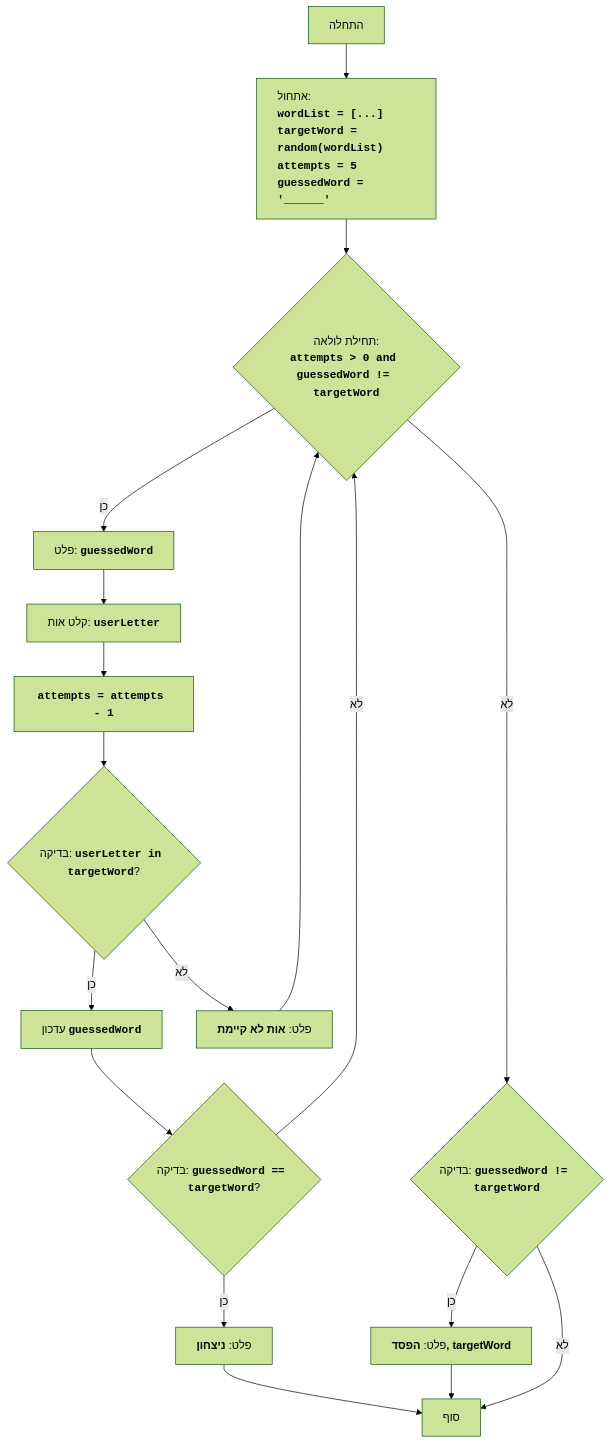
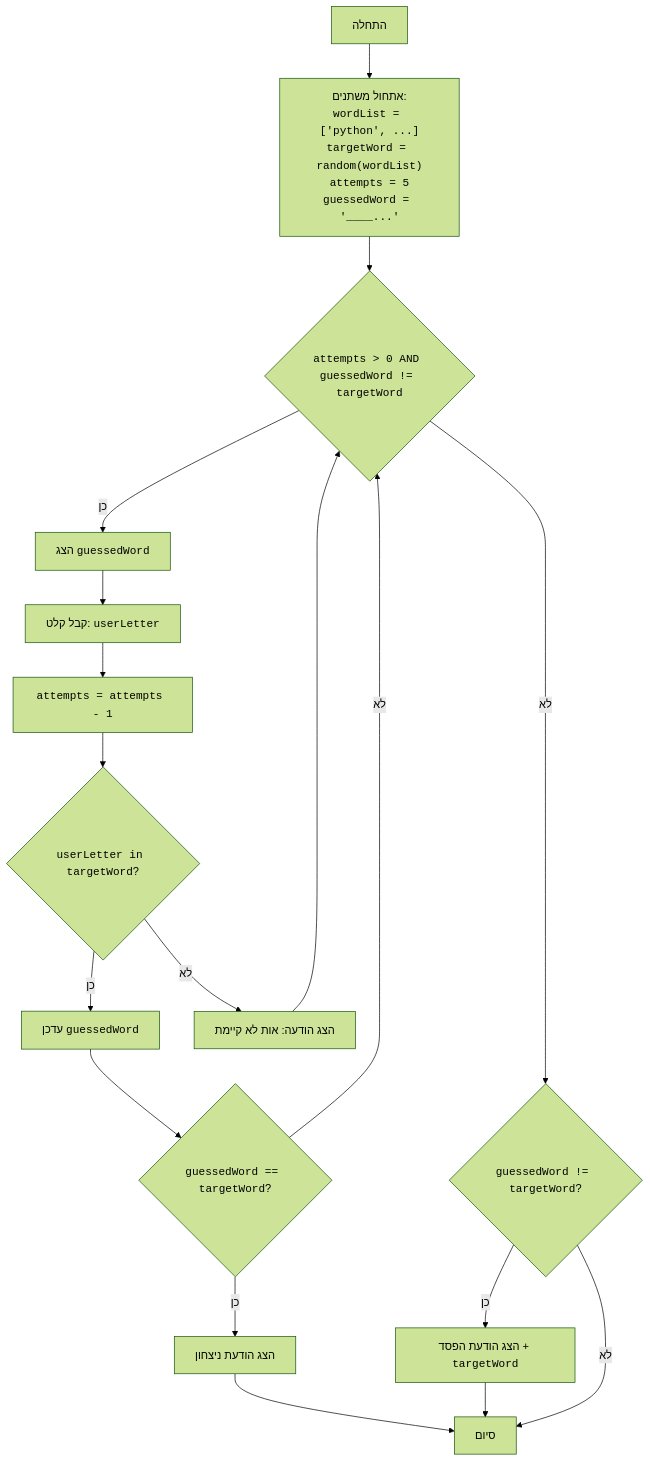
The diagram in docs/gemini/he/explainer/src/endpoints/ai_games/101_basic_computer_games/ru/GAMES/WORD/word.py.md (hypo69/hypo), drawn with Mermaid (forest theme) before and after one commit. The commit also changed other lines of this file and 885 other files, not shown here.

````diff
--- a/docs/gemini/he/explainer/src/endpoints/ai_games/101_basic_computer_games/ru/GAMES/WORD/word.py.md
+++ b/docs/gemini/he/explainer/src/endpoints/ai_games/101_basic_computer_games/ru/GAMES/WORD/word.py.md
@@ -25,20 +27,25 @@
 ```mermaid
 flowchart TD
-    Start["התחלה"] --> InitializeVariables["<p align='left'>אתחול:<br><code><b>wordList = [...]<br>targetWord = random(wordList)<br>attempts = 5<br>guessedWord = '______'</b></code></p>"]
-    InitializeVariables --> LoopStart{"תחילת לולאה:<br><code><b>attempts > 0 and guessedWord != targetWord</b></code>"}
-    LoopStart -- כן --> OutputGuessedWord["פלט: <code><b>guessedWord</b></code>"]
-    OutputGuessedWord --> InputLetter["קלט אות: <code><b>userLetter</b></code>"]
-    InputLetter --> DecreaseAttempts["<code><b>attempts = attempts - 1</b></code>"]
-    DecreaseAttempts --> CheckLetter{"בדיקה: <code><b>userLetter in targetWord</b></code>?"}
-    CheckLetter -- כן --> UpdateGuessedWord["עדכון <code><b>guessedWord</b></code>"]
-    UpdateGuessedWord --> CheckWin{"בדיקה: <code><b>guessedWord == targetWord</b></code>?"}
-    CheckWin -- כן --> OutputWin["פלט: <b>ניצחון</b>"]
-    OutputWin --> End["סוף"]
+    Start["התחלה"] --> InitializeVariables["אתחול משתנים:<br><code>wordList = ['python', ...]</code><br><code>targetWord = random(wordList)</code><br><code>attempts = 5</code><br><code>guessedWord = '____...'</code>"]
+    InitializeVariables --> LoopStart{"<code>attempts > 0 AND guessedWord != targetWord</code>"}
+    LoopStart -- כן --> OutputGuessedWord["הצג <code>guessedWord</code>"]
+    OutputGuessedWord --> InputLetter["קבל קלט: <code>userLetter</code>"]
+    InputLetter --> DecreaseAttempts["<code>attempts = attempts - 1</code>"]
+    DecreaseAttempts --> CheckLetter{"<code>userLetter in targetWord</code>?"}
+    CheckLetter -- כן --> UpdateGuessedWord["עדכן <code>guessedWord</code>"]
+    UpdateGuessedWord --> CheckWin{"<code>guessedWord == targetWord</code>?"}
+    CheckWin -- כן --> OutputWin["הצג הודעת ניצחון"]
+    OutputWin --> End["סיום"]
     CheckWin -- לא --> LoopStart
-    CheckLetter -- לא --> OutputNoLetter["פלט: <b>אות לא קיימת</b>"]
+    CheckLetter -- לא --> OutputNoLetter["הצג הודעה: אות לא קיימת"]
     OutputNoLetter --> LoopStart
-    LoopStart -- לא --> CheckLose{"בדיקה: <code><b>guessedWord != targetWord</b></code>"}
-    CheckLose -- כן --> OutputLose["פלט: <b>הפסד, targetWord</b>"]
+    LoopStart -- לא --> CheckLose{"<code>guessedWord != targetWord</code>?"}
+    CheckLose -- כן --> OutputLose["הצג הודעת הפסד + <code>targetWord</code>"]
     OutputLose --> End
     CheckLose -- לא --> End
+    
+    
+    
+    
+    
 ```
````
